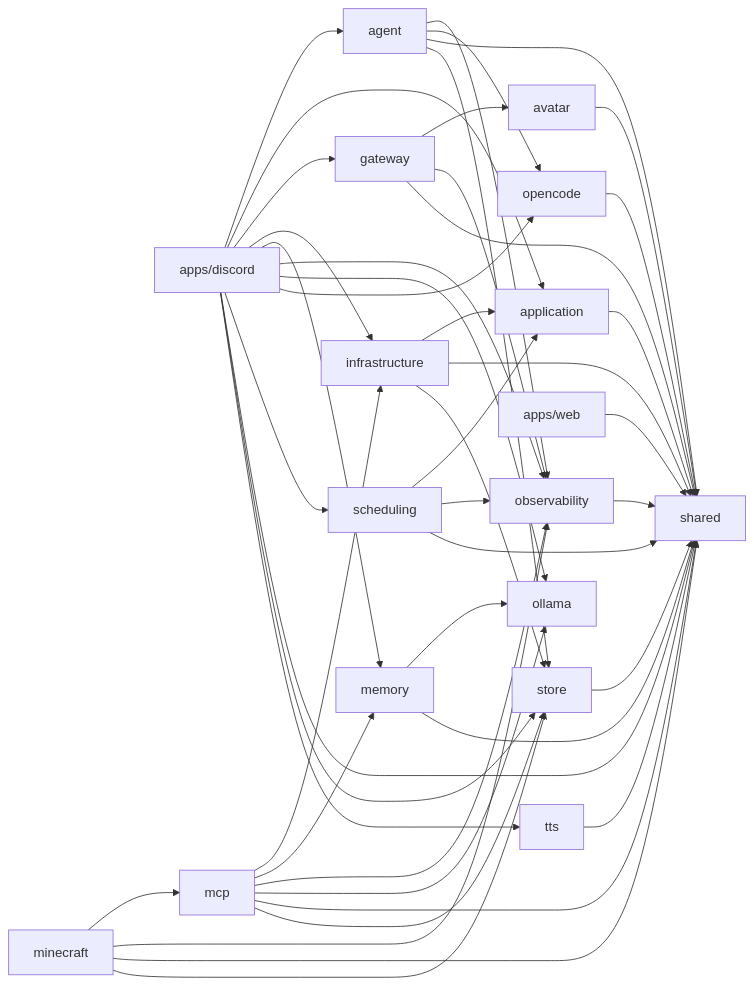
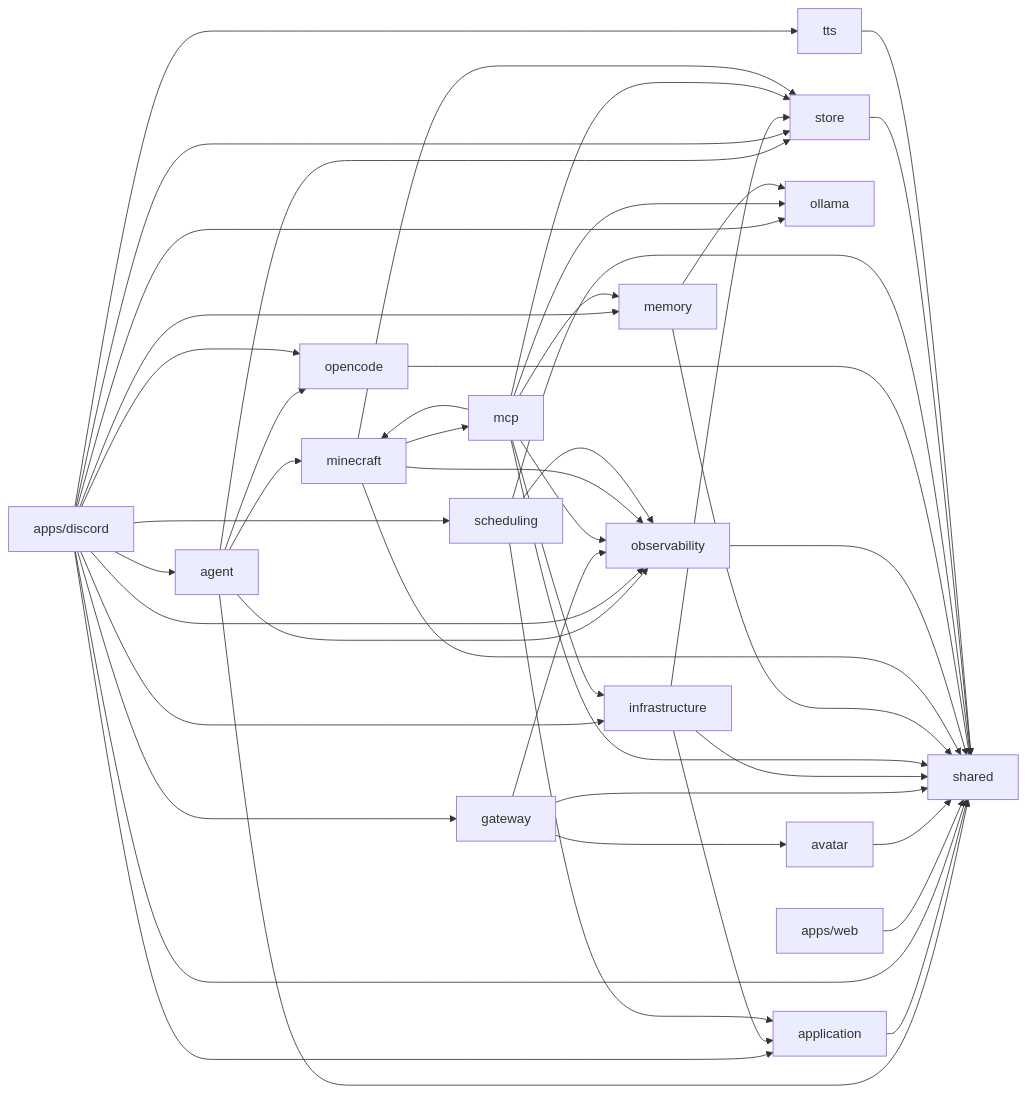
Before and after one commit to OJII3/vicissitude: the diagram in docs/DEPS.md, drawn with Mermaid. The commit also changed other lines of this file and 14 other files, not shown here.

First line of the commit message:
refactor: MINECRAFT_AGENT_ID を packages/minecraft に移動

````diff
--- a/docs/DEPS.md
+++ b/docs/DEPS.md
@@ -7,49 +7,51 @@
 ```mermaid
 graph LR
+  agent --> minecraft
   agent --> observability
   agent --> opencode
   agent --> shared
   agent --> store
   application --> shared
   apps_discord["apps/discord"] --> agent
   apps_discord["apps/discord"] --> application
   apps_discord["apps/discord"] --> gateway
   apps_discord["apps/discord"] --> infrastructure
   apps_discord["apps/discord"] --> memory
   apps_discord["apps/discord"] --> observability
   apps_discord["apps/discord"] --> ollama
   apps_discord["apps/discord"] --> opencode
   apps_discord["apps/discord"] --> scheduling
   apps_discord["apps/discord"] --> shared
   apps_discord["apps/discord"] --> store
   apps_discord["apps/discord"] --> tts
   apps_web["apps/web"] --> shared
   avatar --> shared
   gateway --> avatar
   gateway --> observability
   gateway --> shared
   infrastructure --> application
   infrastructure --> shared
   infrastructure --> store
   mcp --> infrastructure
   mcp --> memory
+  mcp --> minecraft
   mcp --> observability
   mcp --> ollama
   mcp --> shared
   mcp --> store
   memory --> ollama
   memory --> shared
   minecraft --> mcp
   minecraft --> observability
   minecraft --> shared
   minecraft --> store
   observability --> shared
   ollama
   opencode --> shared
   scheduling --> application
   scheduling --> observability
   scheduling --> shared
   shared
   store --> shared
   tts --> shared
 ```
````
